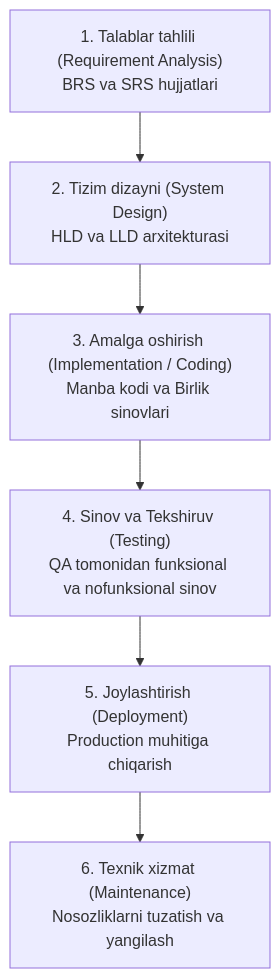
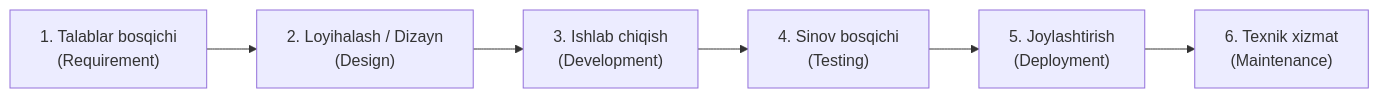
Before and after one commit to Ergashov15/qa-uzbekistan: the first of 2 diagrams in app/docs/software-testing/software-development-life-cycle/page.mdx, drawn with Mermaid. The commit also changed other lines of this file and 3 other files, not shown here.

````diff
--- a/app/docs/software-testing/software-development-life-cycle/page.mdx
+++ b/app/docs/software-testing/software-development-life-cycle/page.mdx
@@ -13,8 +15,8 @@
 ```mermaid
-flowchart TD
-    S1["1. Talablar tahlili (Requirement Analysis)\nBRS va SRS hujjatlari"] --> S2["2. Tizim dizayni (System Design)\nHLD va LLD arxitekturasi"]
-    S2 --> S3["3. Amalga oshirish (Implementation / Coding)\nManba kodi va Birlik sinovlari"]
-    S3 --> S4["4. Sinov va Tekshiruv (Testing)\nQA tomonidan funksional va nofunksional sinov"]
-    S4 --> S5["5. Joylashtirish (Deployment)\nProduction muhitiga chiqarish"]
-    S5 --> S6["6. Texnik xizmat (Maintenance)\nNosozliklarni tuzatish va yangilash"]
+flowchart LR
+    P1["1. Talablar bosqichi\n(Requirement)"] --> P2["2. Loyihalash / Dizayn\n(Design)"]
+    P2 --> P3["3. Ishlab chiqish\n(Development)"]
+    P3 --> P4["4. Sinov bosqichi\n(Testing)"]
+    P4 --> P5["5. Joylashtirish\n(Deployment)"]
+    P5 --> P6["6. Texnik xizmat\n(Maintenance)"]
 ```
````
